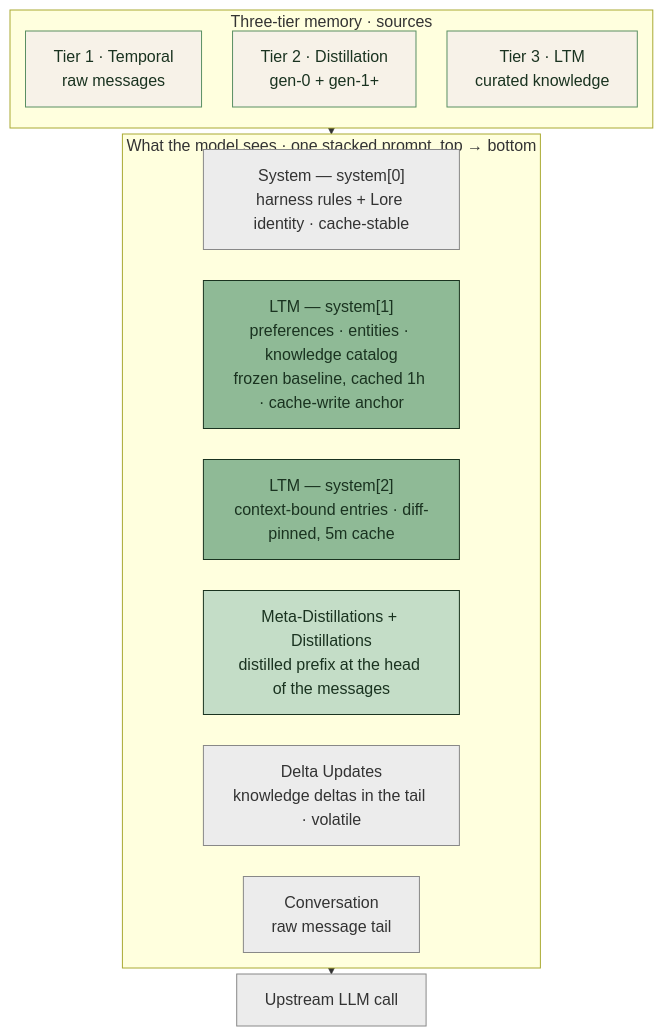
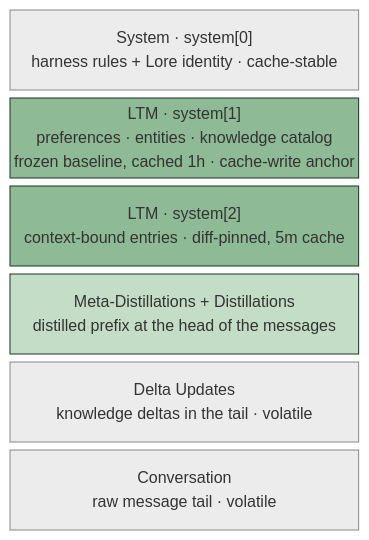
Before and after one commit to BYK/loreai: the second of 5 diagrams in packages/website/src/content/docs/docs/architecture.md, drawn with Mermaid.

Commit message:
docs(website): rebuild stacked-prompt as block-beta for a tight, titled-free stack
The flowchart subgraph approach had two unfixable problems: the long
subgraph title is a single non-wrapping line that overflows past the
wrapped boxes (overlapping the border and first box), and invisible
`~~~` links impose a ~31px edge-routing floor that rankSpacing cannot
reduce below, so the boxes could never get as close as desired.

Switch the 'what the model sees' stack to a Mermaid block-beta diagram:
connector-free blocks pack with a ~8px gap (no edge routing), there is
no subgraph title to overflow, and the top-to-bottom framing moves to a
prose caption. Drop the redundant three-tier 'Sources' subgraph (it
duplicates the dedicated Three-tier memory section right below) and the
upstream-call node so the diagram is exactly the six-term formula.

````diff
--- a/packages/website/src/content/docs/docs/architecture.md
+++ b/packages/website/src/content/docs/docs/architecture.md
@@ -42,31 +44,19 @@
 ```mermaid
-%%{init: {"flowchart": {"nodeSpacing": 22, "rankSpacing": 6, "padding": 14}}}%%
-flowchart TB
-    subgraph Sources["Three-tier memory · sources"]
-        direction LR
-        T1["Tier 1 · Temporal<br/>raw messages"]:::tier
-        T2["Tier 2 · Distillation<br/>gen-0 + gen-1+"]:::tier
-        T3["Tier 3 · LTM<br/>curated knowledge"]:::tier
-        T1 ~~~ T2 ~~~ T3
-    end
-
-    subgraph Stack["What the model sees · one stacked prompt, top → bottom"]
-        direction TB
-        B1["System — system[0]<br/>harness rules + Lore identity · cache-stable"]:::sys
-        B2["LTM — system[1]<br/>preferences · entities · knowledge catalog<br/>frozen baseline, cached 1h · cache-write anchor"]:::pinned
-        B3["LTM — system[2]<br/>context-bound entries · diff-pinned, 5m cache"]:::pinned
-        B4["Meta-Distillations + Distillations<br/>distilled prefix at the head of the messages"]:::distill
-        B5["Delta Updates<br/>knowledge deltas in the tail · volatile"]:::tail
-        B6["Conversation<br/>raw message tail"]:::tail
-        B1 ~~~ B2 ~~~ B3 ~~~ B4 ~~~ B5 ~~~ B6
-    end
-
-    Sources --> Stack --> Call["Upstream LLM call"]:::ext
-
-    classDef tier fill:#f7f2e8,stroke:#5a8f63,color:#1a3320
-    classDef sys fill:#ececec,stroke:#888,color:#333
-    classDef pinned fill:#8fba96,stroke:#1a3320,color:#1a3320
-    classDef distill fill:#c4ddc7,stroke:#1a3320,color:#1a3320
-    classDef tail fill:#ececec,stroke:#888,color:#333
-    classDef ext fill:#ececec,stroke:#888,color:#333
+block-beta
+  columns 1
+  B1["System · system[0]<br/>harness rules + Lore identity · cache-stable"]
+  B2["LTM · system[1]<br/>preferences · entities · knowledge catalog<br/>frozen baseline, cached 1h · cache-write anchor"]
+  B3["LTM · system[2]<br/>context-bound entries · diff-pinned, 5m cache"]
+  B4["Meta-Distillations + Distillations<br/>distilled prefix at the head of the messages"]
+  B5["Delta Updates<br/>knowledge deltas in the tail · volatile"]
+  B6["Conversation<br/>raw message tail · volatile"]
+  classDef sys fill:#ececec,stroke:#888,color:#333
+  classDef pinned fill:#8fba96,stroke:#1a3320,color:#1a3320
+  classDef distill fill:#c4ddc7,stroke:#1a3320,color:#1a3320
+  class B1 sys
+  class B2 pinned
+  class B3 pinned
+  class B4 distill
+  class B5 sys
+  class B6 sys
 ```
````
